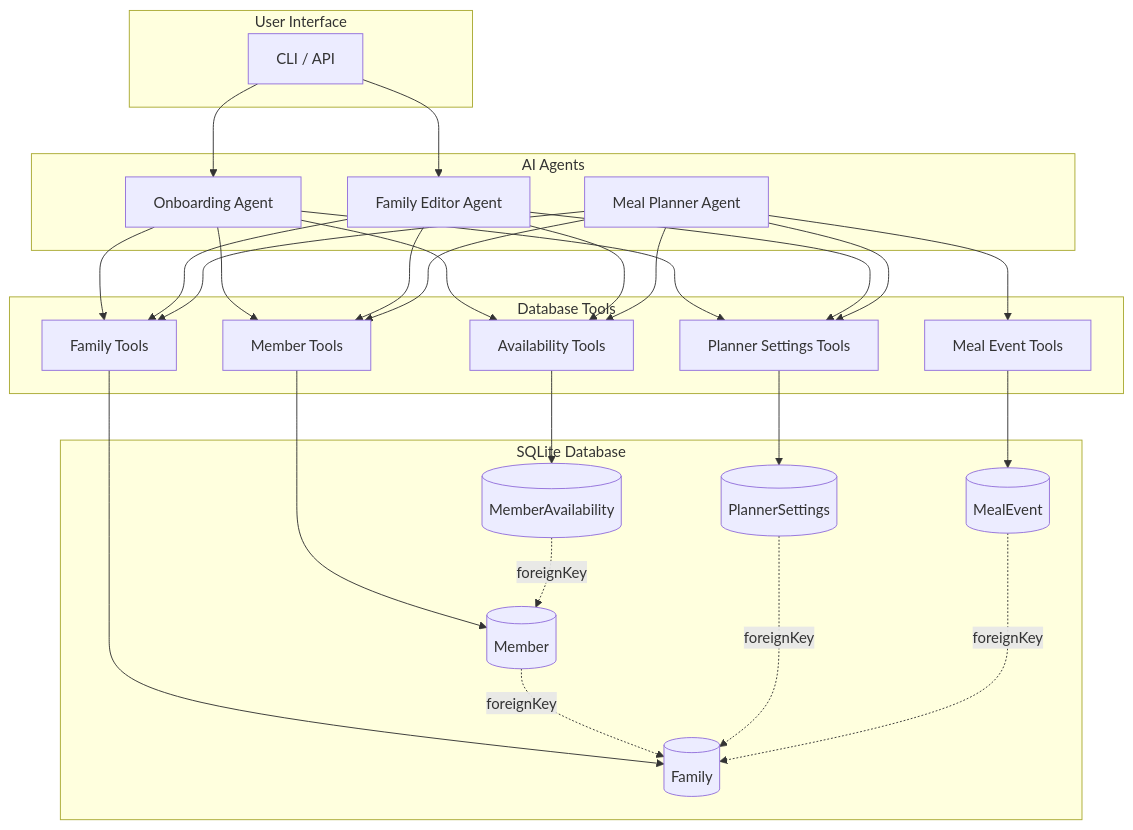
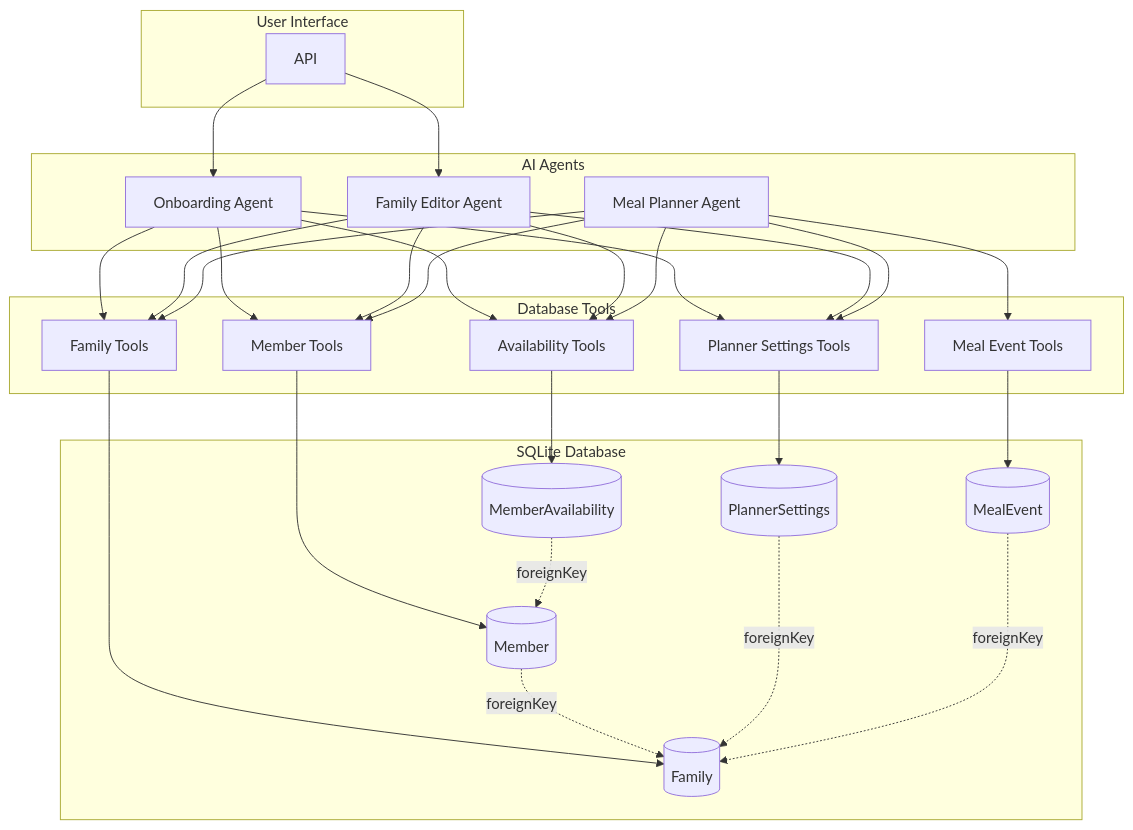
The diagram in specs/architecture.md (Nightbr/auguste), drawn with Mermaid before and after one commit. The commit also changed other lines of this file and 7 other files, not shown here.

````diff
--- a/specs/architecture.md
+++ b/specs/architecture.md
@@ -5,58 +5,58 @@
 ```mermaid
 flowchart TB
     subgraph UserInterface["User Interface"]
-        CLI["CLI / API"]
+        API["API"]
     end
 
     subgraph Agents["AI Agents"]
         OBA["Onboarding Agent"]
         FEA["Family Editor Agent"]
         MPA["Meal Planner Agent"]
     end
 
     subgraph Tools["Database Tools"]
         FT["Family Tools"]
         MT["Member Tools"]
         AT["Availability Tools"]
         PT["Planner Settings Tools"]
         MET["Meal Event Tools"]
     end
 
     subgraph Database["SQLite Database"]
         FAM[("Family")]
         MEM[("Member")]
         AVL[("MemberAvailability")]
         PLS[("PlannerSettings")]
         MLE[("MealEvent")]
     end
 
-    CLI --> OBA
-    CLI --> FEA
+    API --> OBA
+    API --> FEA
 
     OBA --> FT
     OBA --> MT
     OBA --> AT
     OBA --> PT
 
     FEA --> FT
     FEA --> MT
     FEA --> AT
     FEA --> PT
 
     MPA --> FT
     MPA --> MT
     MPA --> AT
     MPA --> PT
     MPA --> MET
 
     FT --> FAM
     MT --> MEM
     AT --> AVL
     PT --> PLS
     MET --> MLE
 
     MEM -.->|"foreignKey"| FAM
     AVL -.->|"foreignKey"| MEM
     PLS -.->|"foreignKey"| FAM
     MLE -.->|"foreignKey"| FAM
 ```
````
